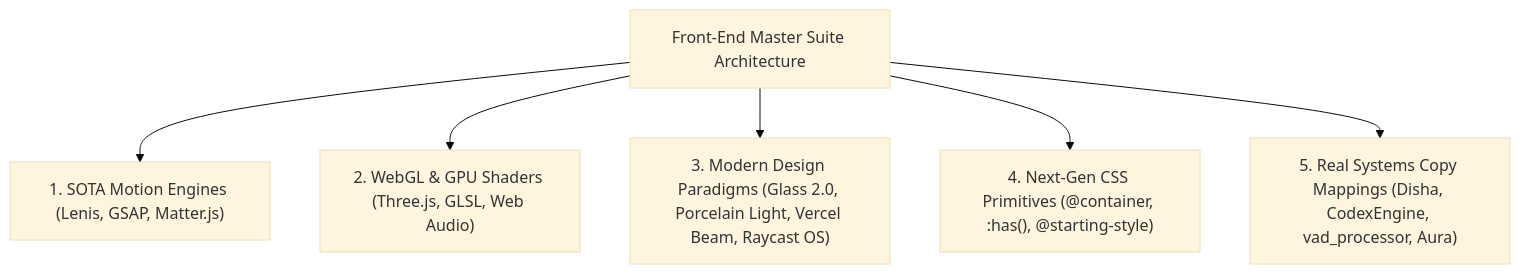
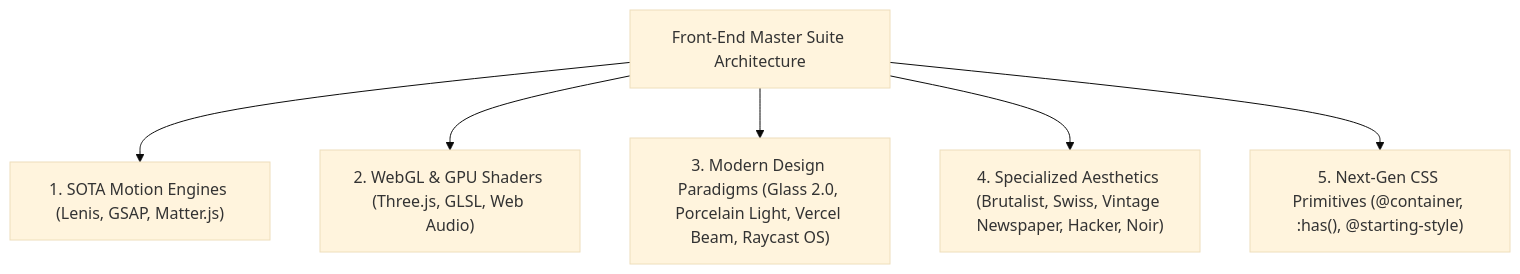
Before and after one commit to anmolsharma152/html-web-designs-portfolio: the diagram in DESIGN_SYSTEM_AND_PATTERNS_GUIDE.md, drawn with Mermaid (base theme). The commit also changed other lines of this file and 6 other files, not shown here.

Commit message:
fix: resolve Lenis double RAF loop in Master 05 and add mockups for Brutalist, Newspaper, Swiss, Hacker, Spotlight to guide

````diff
--- a/DESIGN_SYSTEM_AND_PATTERNS_GUIDE.md
+++ b/DESIGN_SYSTEM_AND_PATTERNS_GUIDE.md
@@ -11,8 +11,8 @@
 ```mermaid
 graph TD
     A["Front-End Master Suite Architecture"] --> B["1. SOTA Motion Engines (Lenis, GSAP, Matter.js)"]
     A --> C["2. WebGL & GPU Shaders (Three.js, GLSL, Web Audio)"]
     A --> D["3. Modern Design Paradigms (Glass 2.0, Porcelain Light, Vercel Beam, Raycast OS)"]
-    A --> E["4. Next-Gen CSS Primitives (@container, :has(), @starting-style)"]
-    A --> F["5. Real Systems Copy Mappings (Disha, CodexEngine, vad_processor, Aura)"]
+    A --> E["4. Specialized Aesthetics (Brutalist, Swiss, Vintage Newspaper, Hacker, Noir)"]
+    A --> F["5. Next-Gen CSS Primitives (@container, :has(), @starting-style)"]
 ```
````
